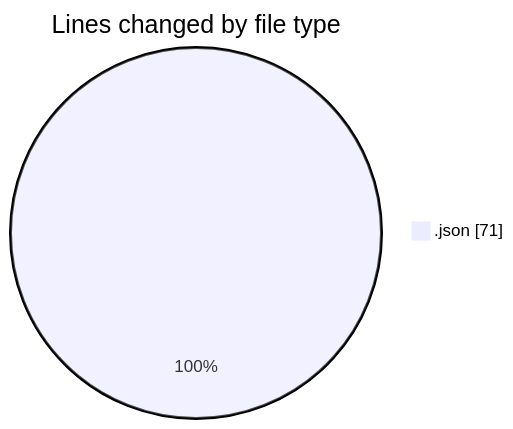
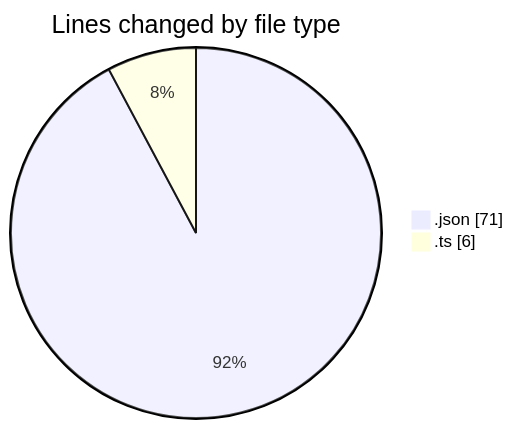
Before and after one commit to momahboobian/code-tracking: the first of 2 diagrams in 2025-02-06/cda/README.md, drawn with Mermaid. The commit also changed other lines of this file and 1 other file, not shown here.

````diff
--- a/2025-02-06/cda/README.md
+++ b/2025-02-06/cda/README.md
@@ -20,5 +21,6 @@
 ```mermaid
 pie showData
 title Lines changed by file type
 ".json" : 71
+".ts" : 6
 ```
````
